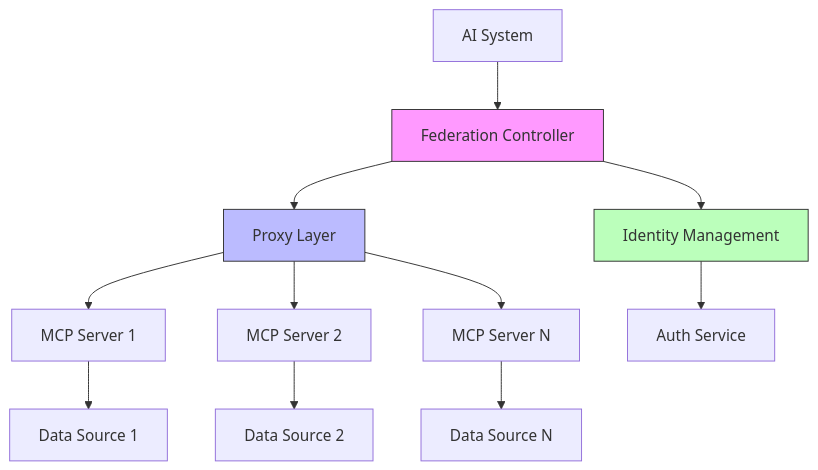
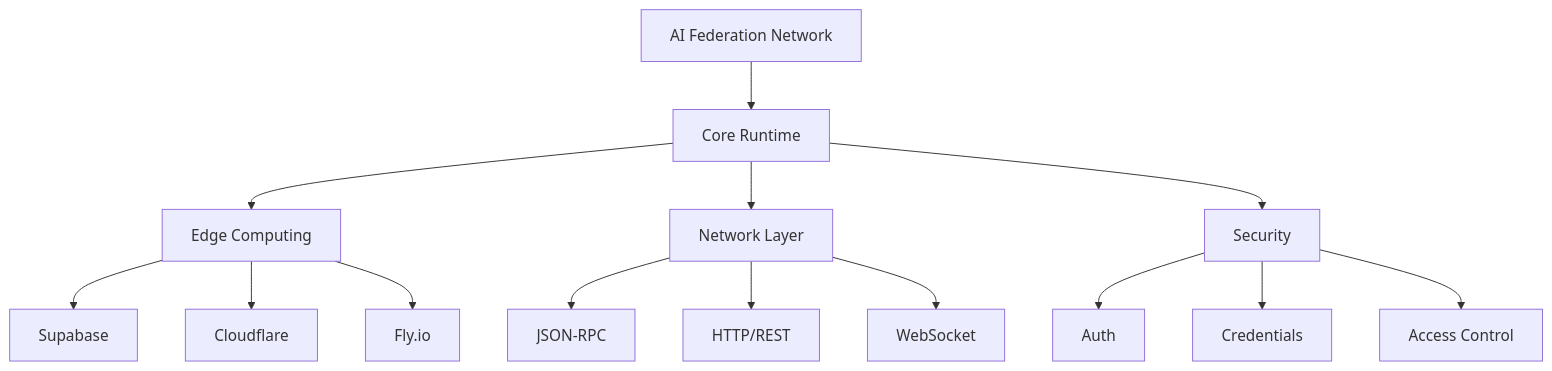
One commit to ohdearquant/federated-mcp changed the diagram in README.md. Above: the diagram before and after it, drawn with Mermaid. The commit also changed other lines of this file, not shown here.

Commit message:
docs: Update README with comprehensive AI federation network features and architecture

````diff
--- a/README.md
+++ b/README.md
@@ -27,16 +39,19 @@
 ```mermaid
 graph TD
-    A[AI System] --> B[Federation Controller]
-    B --> C[Proxy Layer]
-    C --> D[MCP Server 1]
-    C --> E[MCP Server 2]
-    C --> F[MCP Server N]
-    B --> G[Identity Management]
-    G --> H[Auth Service]
-    D --> I[Data Source 1]
-    E --> J[Data Source 2]
-    F --> K[Data Source N]
-    style B fill:#f9f,stroke:#333
-    style C fill:#bbf,stroke:#333
-    style G fill:#bfb,stroke:#333
+    A[AI Federation Network] --> B[Core Runtime]
+    B --> C[Edge Computing]
+    B --> D[Network Layer]
+    B --> E[Security]
+    
+    C --> F[Supabase]
+    C --> G[Cloudflare]
+    C --> H[Fly.io]
+    
+    D --> I[JSON-RPC]
+    D --> J[HTTP/REST]
+    D --> K[WebSocket]
+    
+    E --> L[Auth]
+    E --> M[Credentials]
+    E --> N[Access Control]
 ```
````
